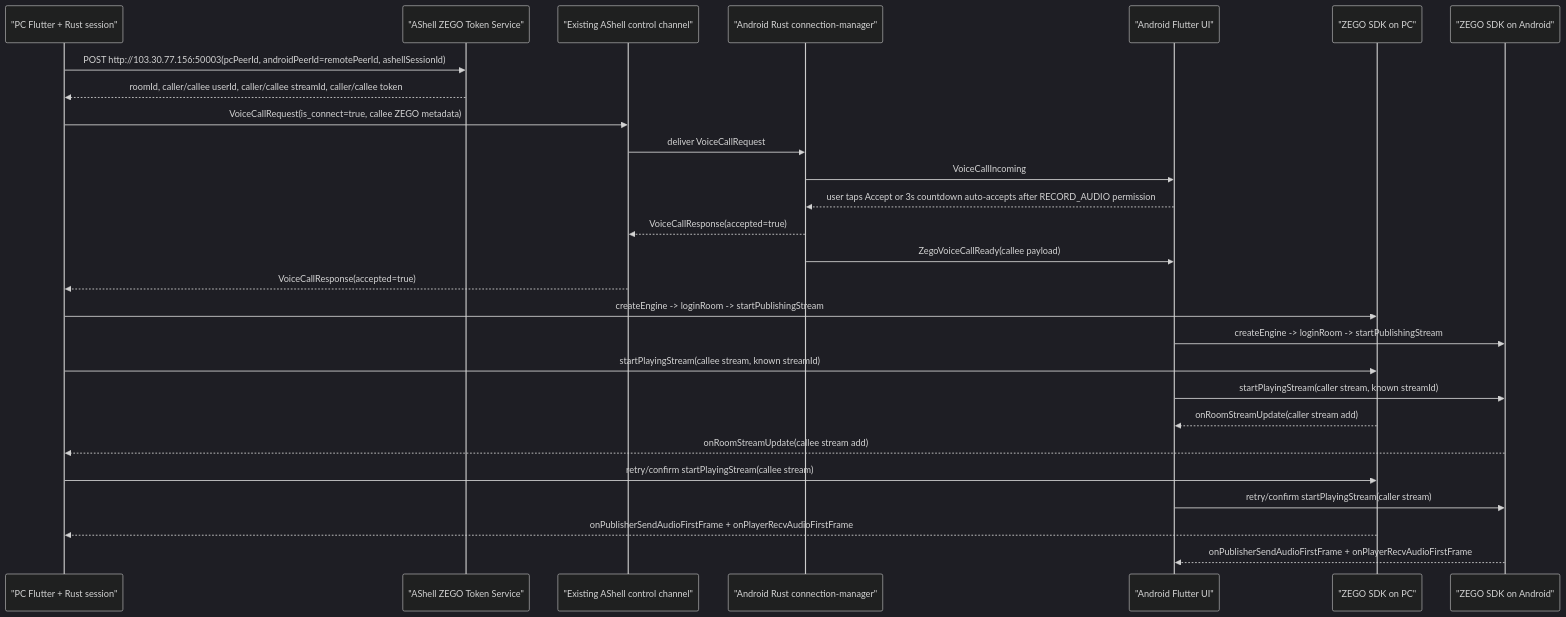
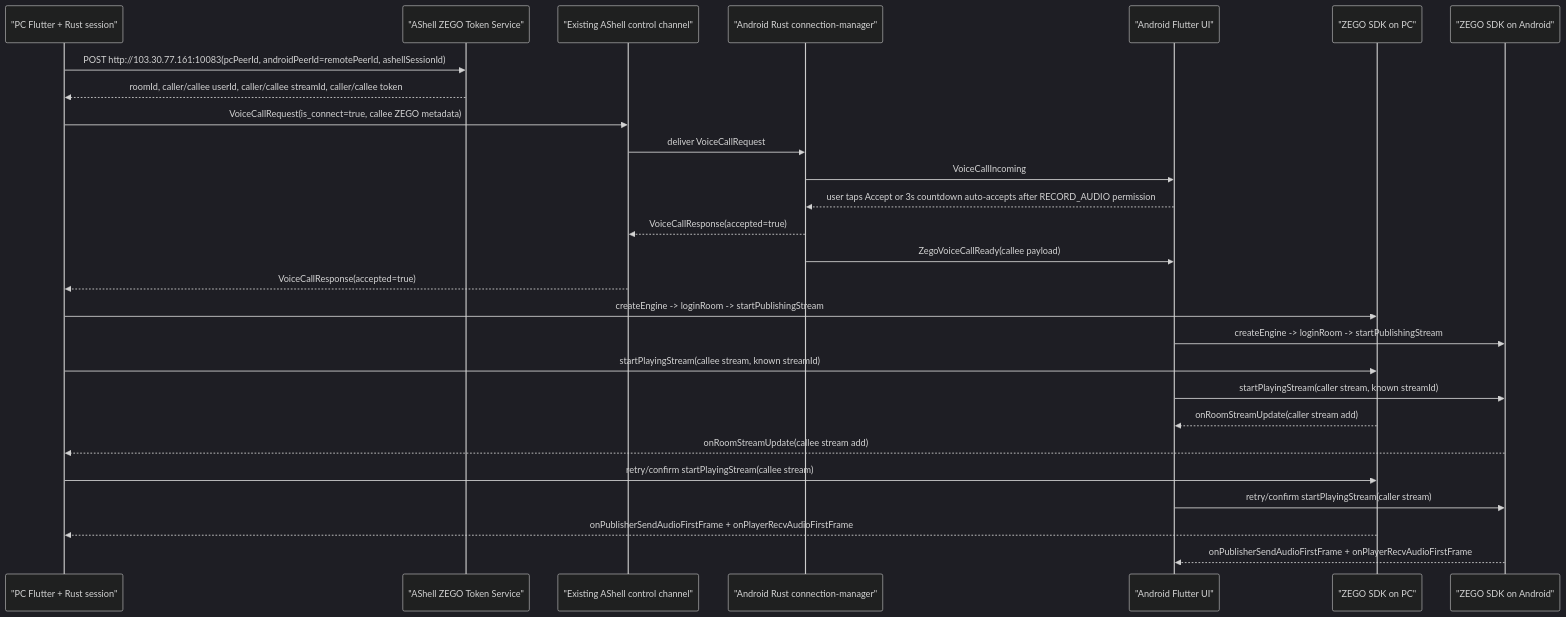
One commit to adb-shell/A-Shell-You changed the first of 3 diagrams in docs/ZEGO_VOICE_CALL_ARCHITECTURE.md. Above: the diagram before and after it, drawn with Mermaid (dark theme). The commit also changed other lines of this file and 24 other files, not shown here.

````diff
--- a/docs/ZEGO_VOICE_CALL_ARCHITECTURE.md
+++ b/docs/ZEGO_VOICE_CALL_ARCHITECTURE.md
@@ -17,30 +17,30 @@
 ```mermaid
 sequenceDiagram
     participant PC as "PC Flutter + Rust session"
     participant Token as "AShell ZEGO Token Service"
     participant Conn as "Existing AShell control channel"
     participant AndroidRust as "Android Rust connection-manager"
     participant AndroidUI as "Android Flutter UI"
     participant ZegoPC as "ZEGO SDK on PC"
     participant ZegoAndroid as "ZEGO SDK on Android"
 
-    PC->>Token: POST http://103.30.77.156:50003(pcPeerId, androidPeerId=remotePeerId, ashellSessionId)
+    PC->>Token: POST http://103.30.77.161:10083(pcPeerId, androidPeerId=remotePeerId, ashellSessionId)
     Token-->>PC: roomId, caller/callee userId, caller/callee streamId, caller/callee token
     PC->>Conn: VoiceCallRequest(is_connect=true, callee ZEGO metadata)
     Conn->>AndroidRust: deliver VoiceCallRequest
     AndroidRust->>AndroidUI: VoiceCallIncoming
     AndroidUI-->>AndroidRust: user taps Accept or 3s countdown auto-accepts after RECORD_AUDIO permission
     AndroidRust-->>Conn: VoiceCallResponse(accepted=true)
     AndroidRust->>AndroidUI: ZegoVoiceCallReady(callee payload)
     Conn-->>PC: VoiceCallResponse(accepted=true)
     PC->>ZegoPC: createEngine -> loginRoom -> startPublishingStream
     AndroidUI->>ZegoAndroid: createEngine -> loginRoom -> startPublishingStream
     PC->>ZegoPC: startPlayingStream(callee stream, known streamId)
     AndroidUI->>ZegoAndroid: startPlayingStream(caller stream, known streamId)
     ZegoPC-->>AndroidUI: onRoomStreamUpdate(caller stream add)
     ZegoAndroid-->>PC: onRoomStreamUpdate(callee stream add)
     PC->>ZegoPC: retry/confirm startPlayingStream(callee stream)
     AndroidUI->>ZegoAndroid: retry/confirm startPlayingStream(caller stream)
     ZegoPC-->>PC: onPublisherSendAudioFirstFrame + onPlayerRecvAudioFirstFrame
     ZegoAndroid-->>AndroidUI: onPublisherSendAudioFirstFrame + onPlayerRecvAudioFirstFrame
 ```
````
